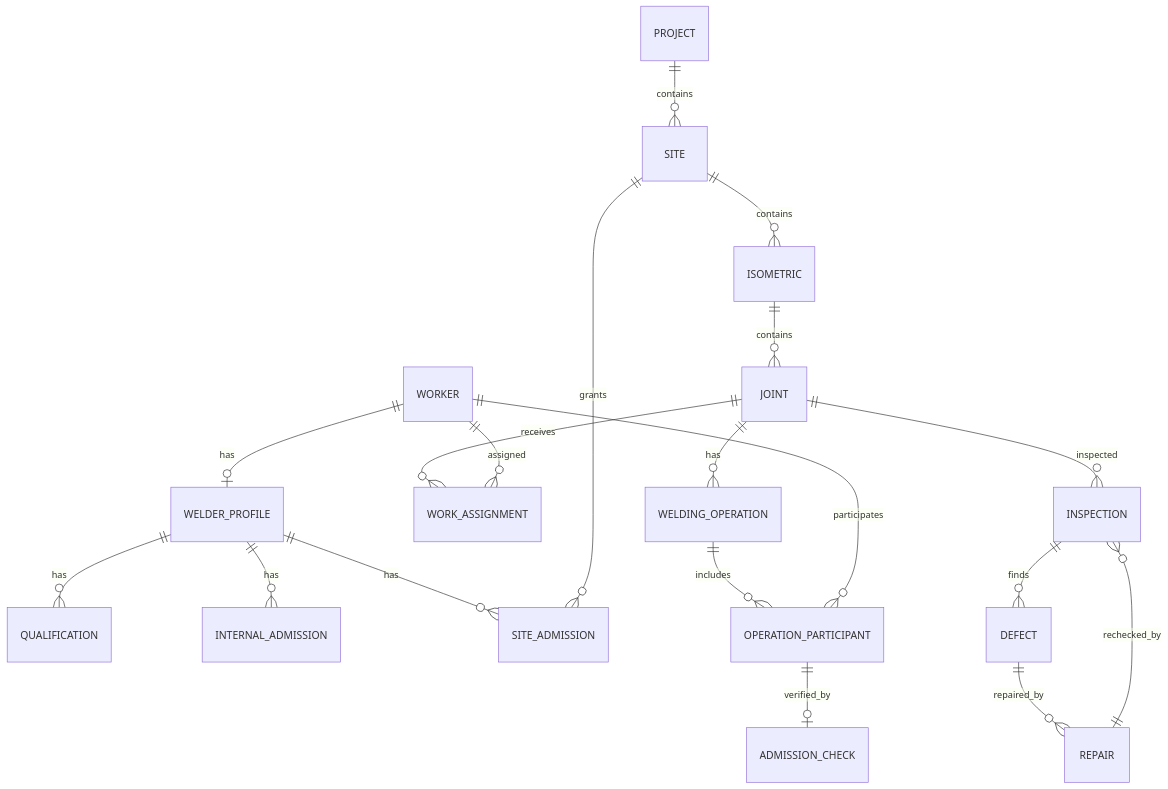
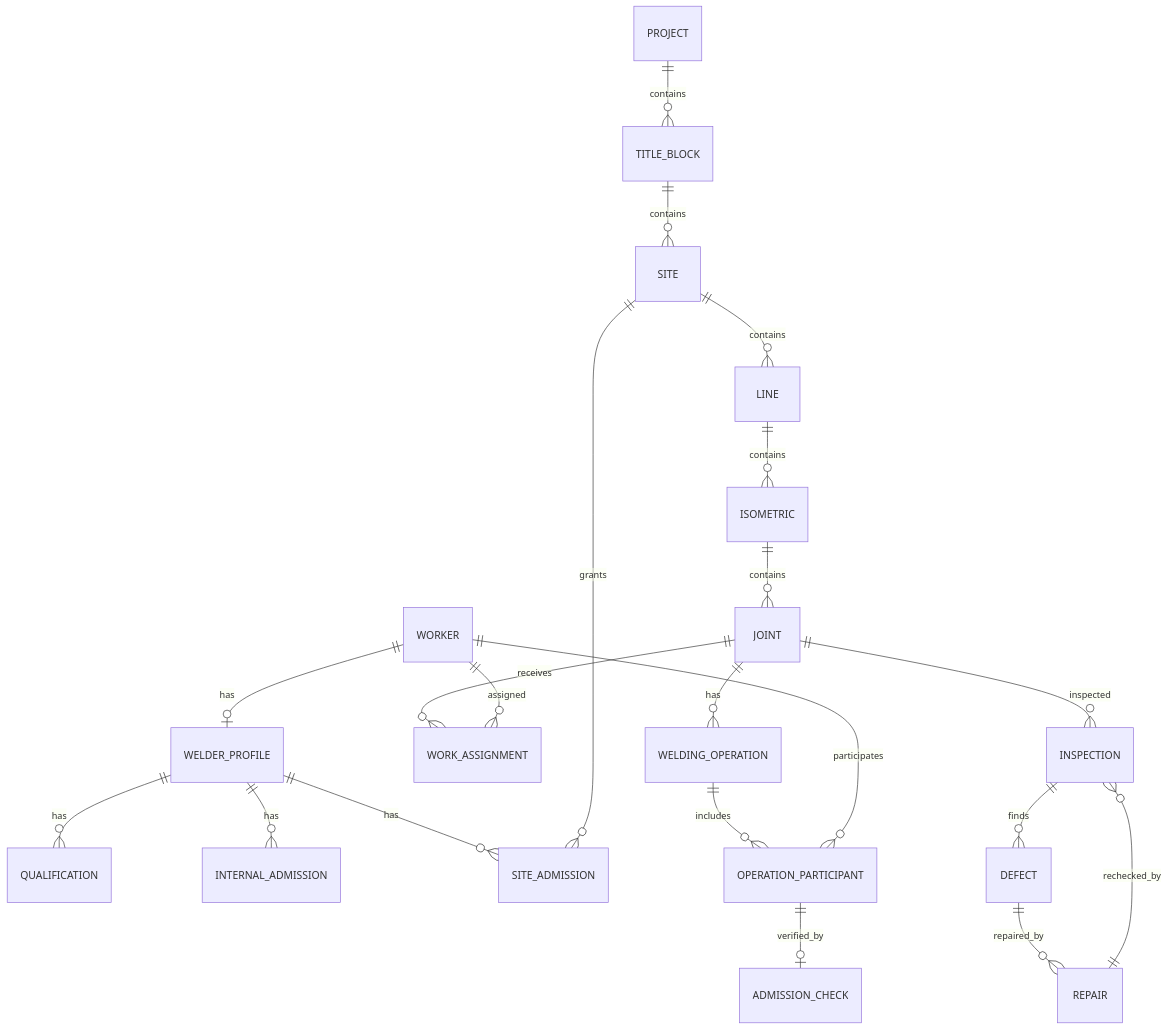
One commit to fishc7/WeldPassport changed the third of 4 diagrams in docs/ARCHITECTURE.md. Above: the diagram before and after it, drawn with Mermaid. The commit also changed other lines of this file and 9 other files, not shown here.

Commit message:
docs: add architecture governance and ubiquitous language

````diff
--- a/docs/ARCHITECTURE.md
+++ b/docs/ARCHITECTURE.md
@@ -226,25 +269,27 @@
 ```mermaid
 erDiagram
-    PROJECT ||--o{ SITE : contains
-    SITE ||--o{ ISOMETRIC : contains
+    PROJECT ||--o{ TITLE_BLOCK : contains
+    TITLE_BLOCK ||--o{ SITE : contains
+    SITE ||--o{ LINE : contains
+    LINE ||--o{ ISOMETRIC : contains
     ISOMETRIC ||--o{ JOINT : contains
 
     WORKER ||--o| WELDER_PROFILE : has
     WELDER_PROFILE ||--o{ QUALIFICATION : has
     WELDER_PROFILE ||--o{ INTERNAL_ADMISSION : has
     WELDER_PROFILE ||--o{ SITE_ADMISSION : has
     SITE ||--o{ SITE_ADMISSION : grants
 
     JOINT ||--o{ WORK_ASSIGNMENT : receives
     WORKER ||--o{ WORK_ASSIGNMENT : assigned
 
     JOINT ||--o{ WELDING_OPERATION : has
     WELDING_OPERATION ||--o{ OPERATION_PARTICIPANT : includes
     WORKER ||--o{ OPERATION_PARTICIPANT : participates
     OPERATION_PARTICIPANT ||--o| ADMISSION_CHECK : verified_by
 
     JOINT ||--o{ INSPECTION : inspected
     INSPECTION ||--o{ DEFECT : finds
     DEFECT ||--o{ REPAIR : repaired_by
     REPAIR ||--o{ INSPECTION : rechecked_by
 ```
````
